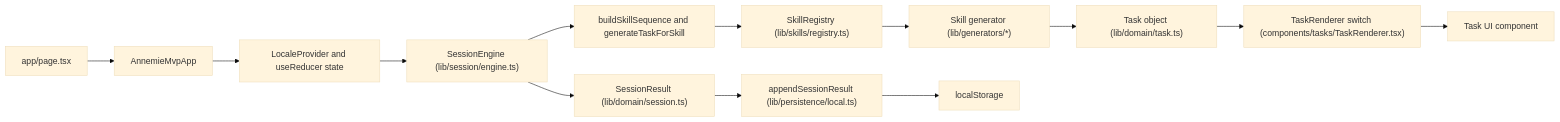
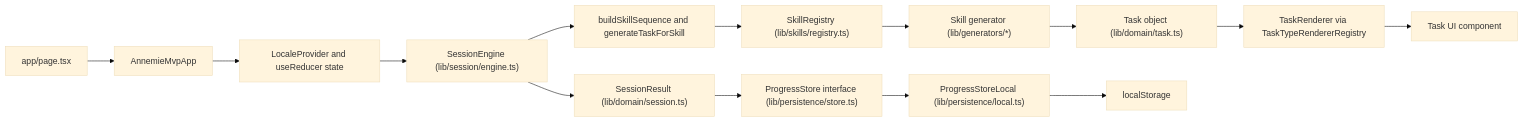
The first of 3 diagrams in docs/architecture/architecture-baseline.md (laserjm/annemie-app), drawn with Mermaid (base theme) before and after one commit. The commit also changed other lines of this file and 14 other files, not shown here.

Commit message:
Create sustainable architecture docs

````diff
--- a/docs/architecture/architecture-baseline.md
+++ b/docs/architecture/architecture-baseline.md
@@ -16,15 +16,16 @@
 ```mermaid
 flowchart LR
   A["app/page.tsx"] --> B["AnnemieMvpApp"]
   B --> C["LocaleProvider and useReducer state"]
   C --> D["SessionEngine (lib/session/engine.ts)"]
   D --> E["buildSkillSequence and generateTaskForSkill"]
   E --> F["SkillRegistry (lib/skills/registry.ts)"]
   F --> G["Skill generator (lib/generators/*)"]
   G --> H["Task object (lib/domain/task.ts)"]
-  H --> I["TaskRenderer switch (components/tasks/TaskRenderer.tsx)"]
+  H --> I["TaskRenderer via TaskTypeRendererRegistry"]
   I --> J["Task UI component"]
   D --> K["SessionResult (lib/domain/session.ts)"]
-  K --> L["appendSessionResult (lib/persistence/local.ts)"]
-  L --> M["localStorage"]
+  K --> L["ProgressStore interface (lib/persistence/store.ts)"]
+  L --> M["ProgressStoreLocal (lib/persistence/local.ts)"]
+  M --> N["localStorage"]
 ```
````
